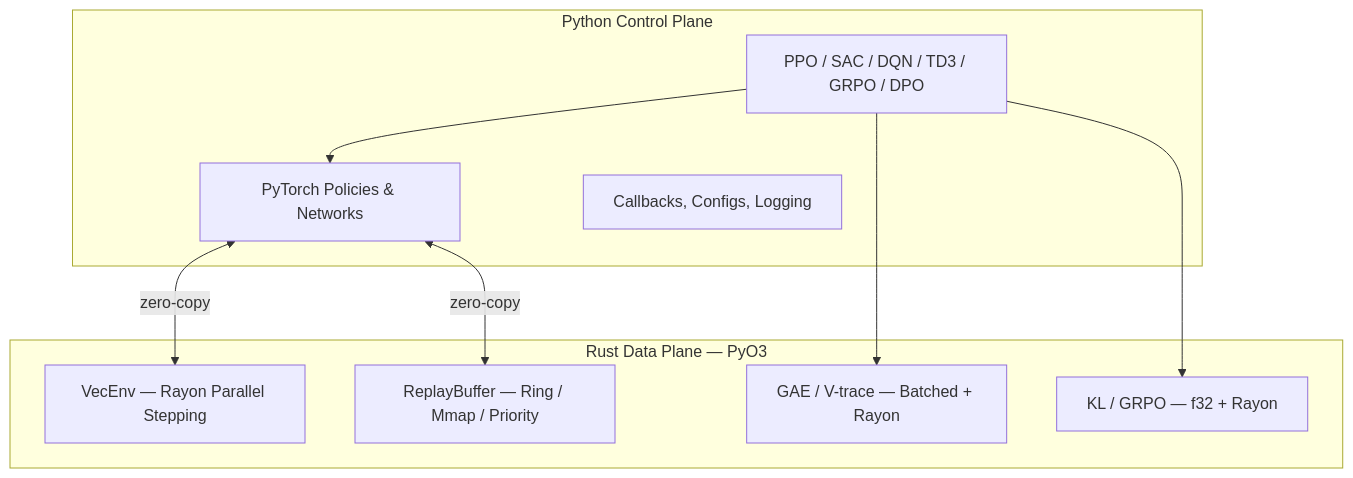
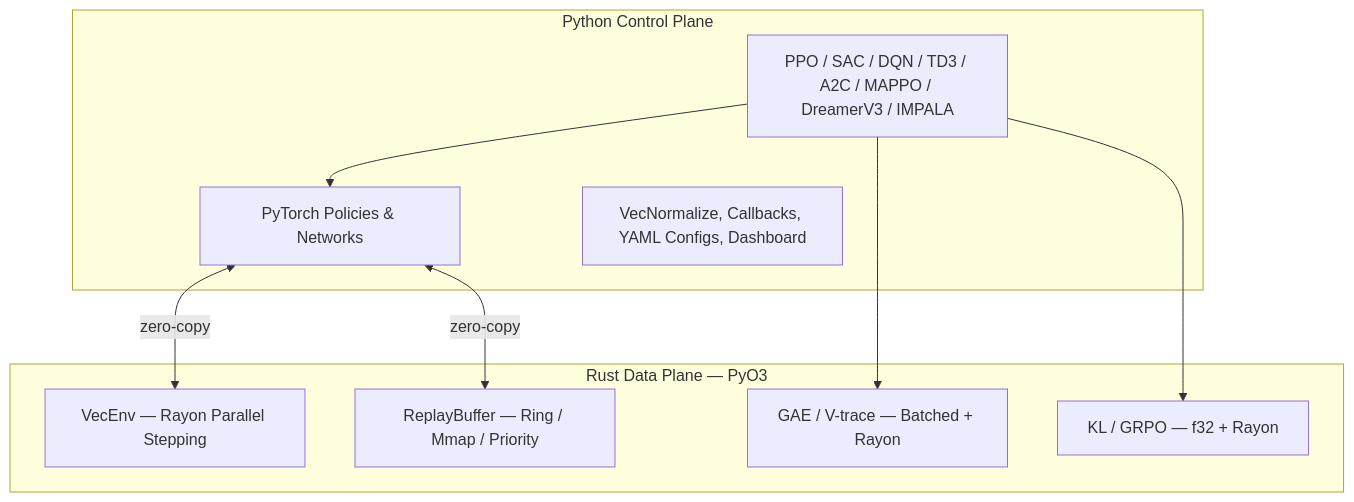
One commit to riserally/rlox changed the diagram in docs/index.md. Above: the diagram before and after it, drawn with Mermaid. The commit also changed 4 other files, not shown here.

````diff
--- a/docs/index.md
+++ b/docs/index.md
@@ -43,21 +43,21 @@
 ```mermaid
 graph TD
     subgraph Python[Python Control Plane]
-        A[PPO / SAC / DQN / TD3 / GRPO / DPO]
+        A[PPO / SAC / DQN / TD3 / A2C / MAPPO / DreamerV3 / IMPALA]
         B[PyTorch Policies & Networks]
-        C[Callbacks, Configs, Logging]
+        C[VecNormalize, Callbacks, YAML Configs, Dashboard]
     end
 
     subgraph Rust[Rust Data Plane — PyO3]
         D[VecEnv — Rayon Parallel Stepping]
         E[ReplayBuffer — Ring / Mmap / Priority]
         F[GAE / V-trace — Batched + Rayon]
         G[KL / GRPO — f32 + Rayon]
     end
 
     A --> B
     B <-->|zero-copy| D
     B <-->|zero-copy| E
     A --> F
     A --> G
 ```
````
